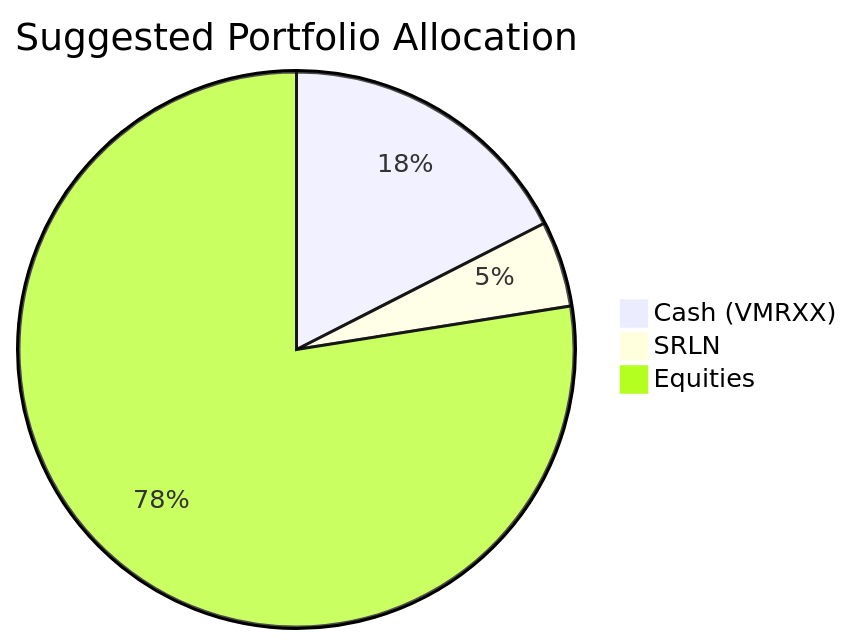
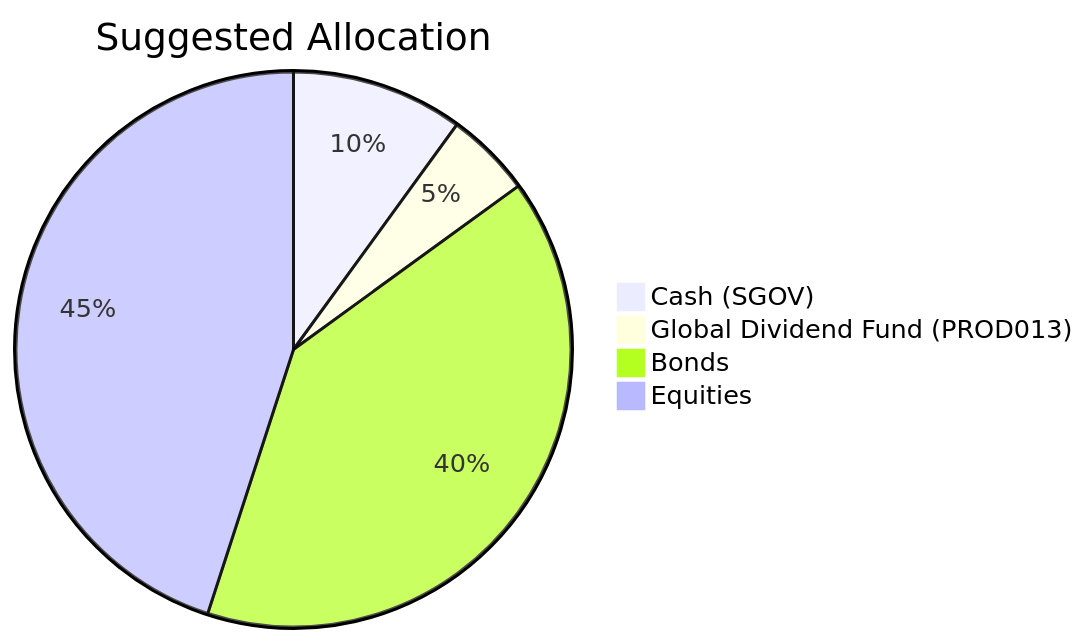
One commit to roger249/Bot-collaboration changed the tenth of 20 diagrams in docs/sample outputs/product_investor_matching-deepseek-v4-flash.md. Above: the diagram before and after it, drawn with Mermaid. The commit also changed other lines of this file and 20 other files, not shown here.

````diff
--- a/docs/sample outputs/product_investor_matching-deepseek-v4-flash.md
+++ b/docs/sample outputs/product_investor_matching-deepseek-v4-flash.md
@@ -232,6 +199,7 @@
 ```mermaid
-pie title Suggested Portfolio Allocation
-    "Cash (VMRXX)" : 17.5
-    "SRLN" : 5
-    "Equities" : 77.5
+pie title Suggested Allocation
+    "Cash (SGOV)" : 10.0
+    "Global Dividend Fund (PROD013)" : 5.0
+    "Bonds" : 40.0
+    "Equities" : 45.0
 ```
````
